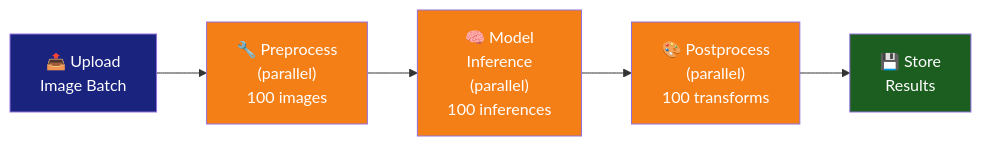
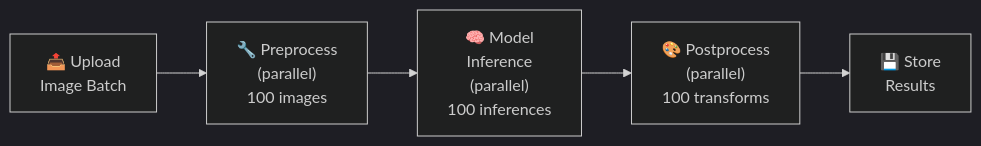
Before and after one commit to Singularity-ng/singularity-workflows: the fourth of 13 diagrams in README.md, drawn with Mermaid. The commit also changed other lines of this file, not shown here.

First line of the commit message:
Use Mermaid's built-in dark theme for all diagrams

````diff
--- a/README.md
+++ b/README.md
@@ -121,13 +104,8 @@
 ```mermaid
+%%{init: {'theme':'dark'}}%%
 graph LR
     A["📤 Upload<br/>Image Batch"] --> B["🔧 Preprocess<br/>(parallel)<br/>100 images"]
     B --> C["🧠 Model<br/>Inference<br/>(parallel)<br/>100 inferences"]
     C --> D["🎨 Postprocess<br/>(parallel)<br/>100 transforms"]
     D --> E["💾 Store<br/>Results"]
-
-    style A fill:#1a237e,color:#fff
-    style B fill:#f57f17,color:#fff
-    style C fill:#f57f17,color:#fff
-    style D fill:#f57f17,color:#fff
-    style E fill:#1b5e20,color:#fff
 ```
````
